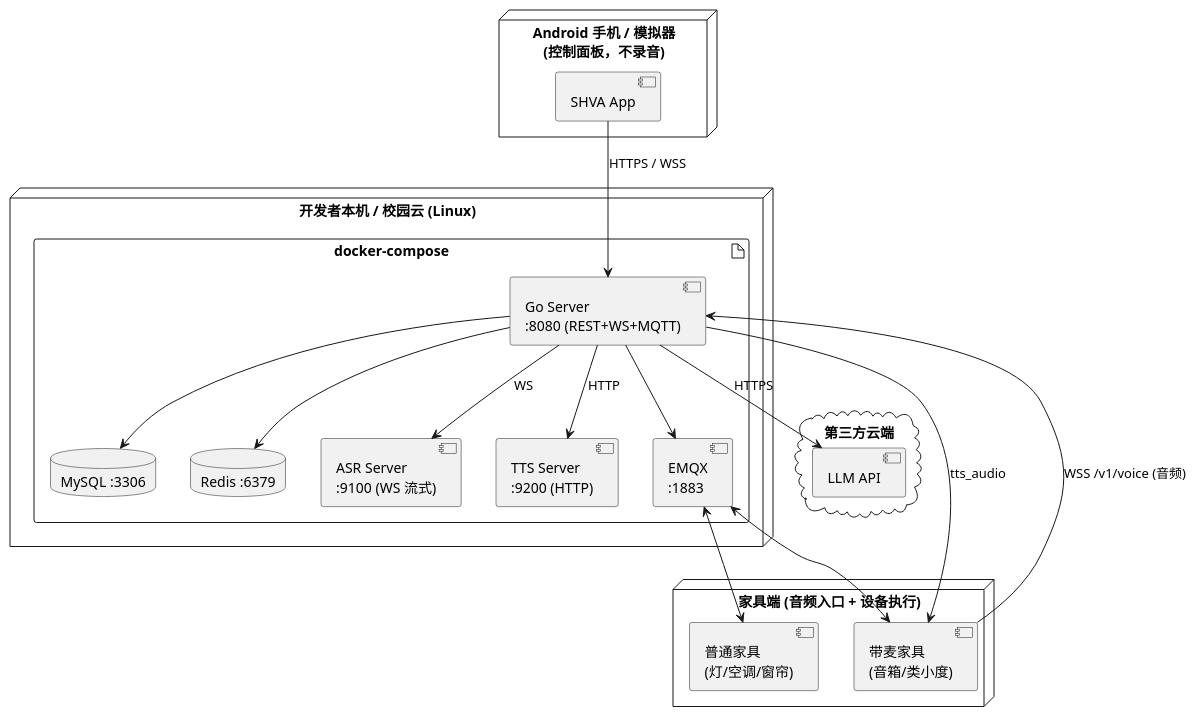
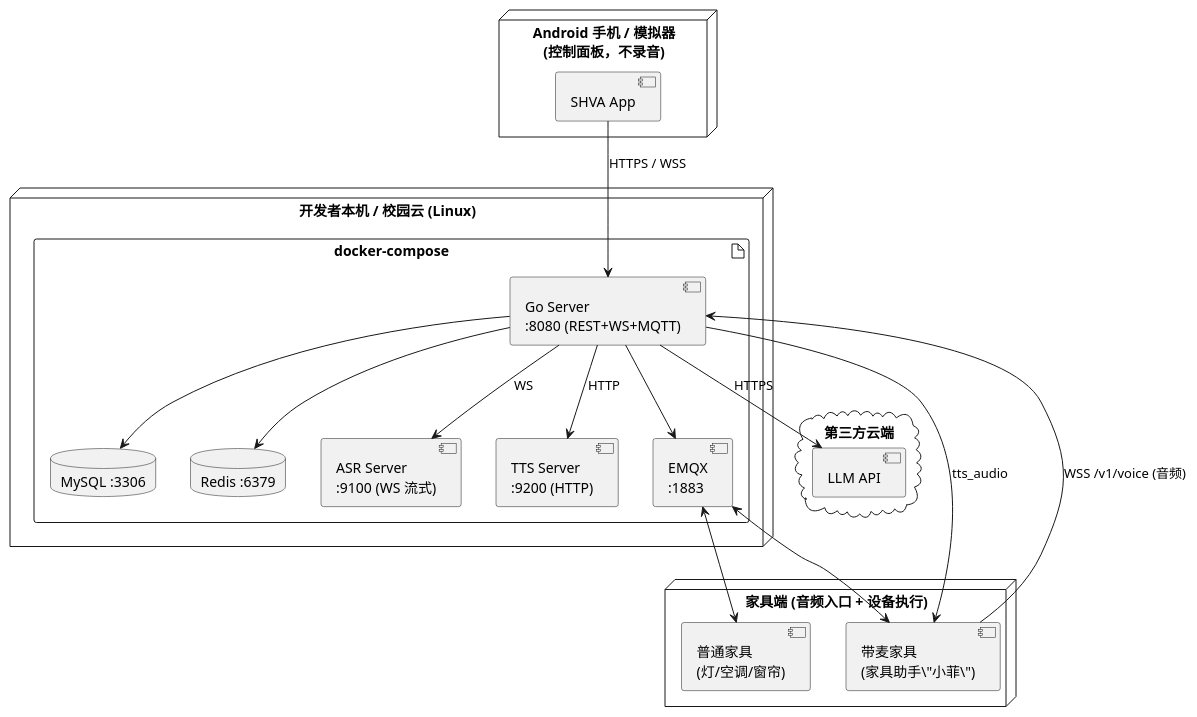
The second of 6 diagrams in docs/03-软件设计文档.md (Yoruko666/Taffy-Assistant), drawn with PlantUML before and after one commit. The commit also changed other lines of this file and 6 other files, not shown here.

````diff
--- a/docs/03-软件设计文档.md
+++ b/docs/03-软件设计文档.md
@@ -159,40 +159,40 @@
 ```plantuml
 @startuml
 node "开发者本机 / 校园云 (Linux)" {
   artifact "docker-compose" {
     component "Go Server\n:8080 (REST+WS+MQTT)" as GoSrv
     component "ASR Server\n:9100 (WS 流式)"      as ASR
     component "TTS Server\n:9200 (HTTP)"         as TTS
     component "EMQX\n:1883"                      as MQ
     database  "MySQL :3306"                      as MySQL
     database  "Redis :6379"                      as Redis
   }
 }
 
 node "Android 手机 / 模拟器\n(控制面板，不录音)" {
   component "SHVA App"
 }
 
 node "家具端 (音频入口 + 设备执行)" {
-  component "带麦家具\n(音箱/类小度)"  as Mic
+  component "带麦家具\n(家具助手\"小菲\")"  as Mic
   component "普通家具\n(灯/空调/窗帘)" as Dev
 }
 
 cloud "第三方云端" {
   component "LLM API"
 }
 
 "SHVA App" --> GoSrv : HTTPS / WSS
 Mic        --> GoSrv : WSS /v1/voice (音频)
 Mic        <-- GoSrv : tts_audio
 GoSrv --> ASR        : WS
 GoSrv --> TTS        : HTTP
 GoSrv --> "LLM API"  : HTTPS
 GoSrv --> MQ
 MQ <--> Dev
 MQ <--> Mic
 GoSrv --> MySQL
 GoSrv --> Redis
 
 @enduml
 ```
````
